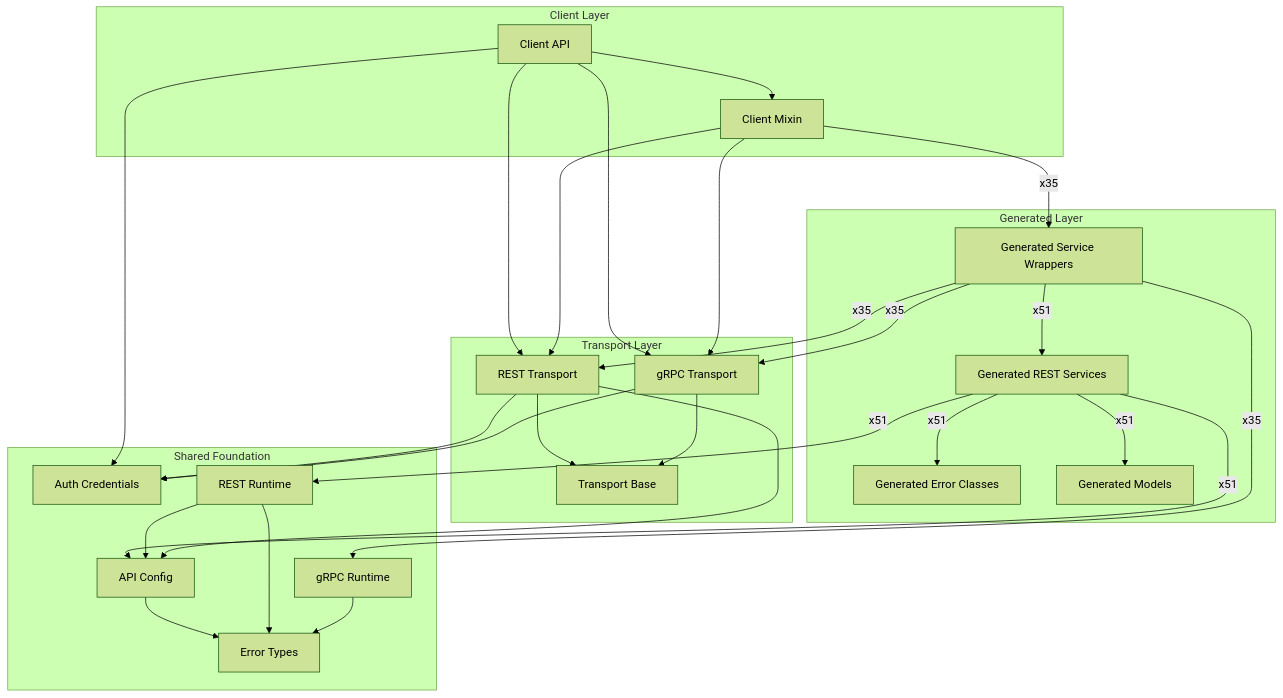
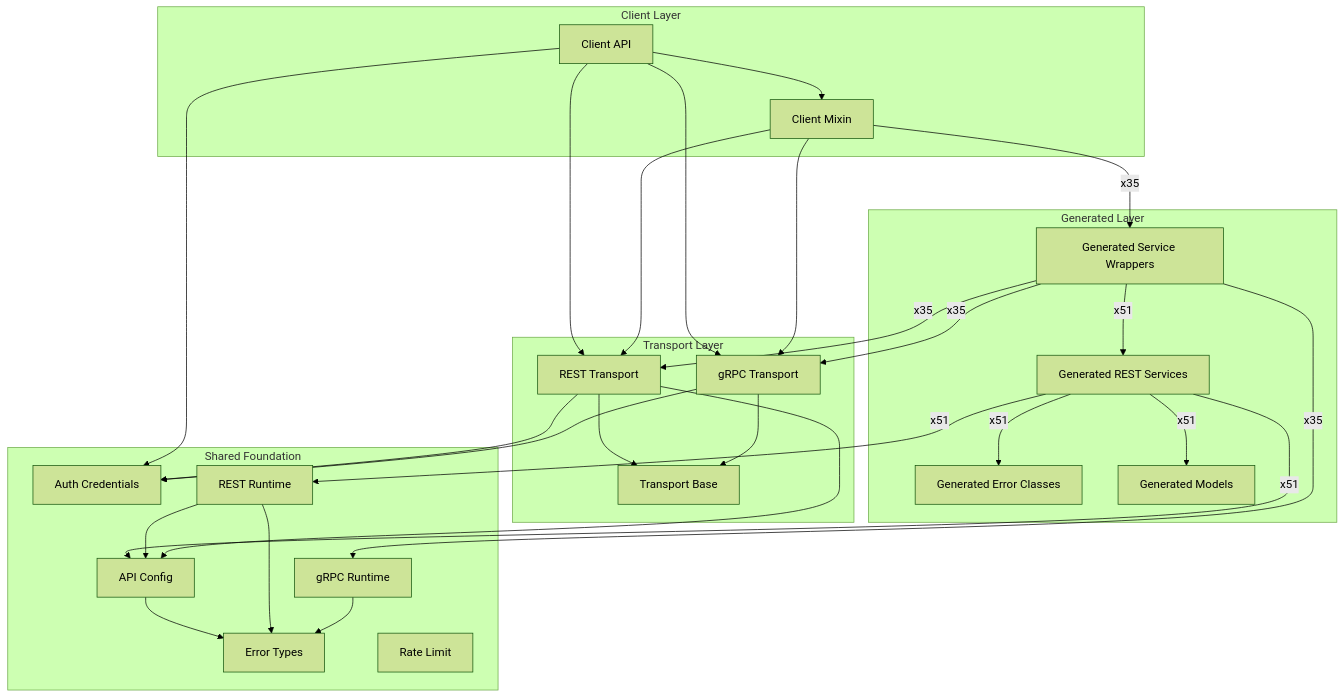
One commit to alexdearaujo/community_sdk_python changed the diagram in docs/sphinx/sdk_runtime_architecture.md. Above: the diagram before and after it, drawn with Mermaid (forest theme). The commit also changed 6 other files, not shown here.

````diff
--- a/docs/sphinx/sdk_runtime_architecture.md
+++ b/docs/sphinx/sdk_runtime_architecture.md
@@ -22,50 +22,51 @@
 ```mermaid
 flowchart TB
     subgraph client["Client Layer"]
         Client_API["Client API"]
         Client_Mixin["Client Mixin"]
     end
     subgraph generated["Generated Layer"]
         Generated_Error_Classes["Generated Error Classes"]
         Generated_Models["Generated Models"]
         Generated_REST_Services["Generated REST Services"]
         Generated_Service_Wrappers["Generated Service Wrappers"]
     end
     subgraph transport["Transport Layer"]
         REST_Transport["REST Transport"]
         Transport_Base["Transport Base"]
         gRPC_Transport["gRPC Transport"]
     end
     subgraph foundation["Shared Foundation"]
         API_Config["API Config"]
         Auth_Credentials["Auth Credentials"]
         Error_Types["Error Types"]
         REST_Runtime["REST Runtime"]
+        Rate_Limit["Rate Limit"]
         gRPC_Runtime["gRPC Runtime"]
     end
 
     API_Config --> Error_Types
     Client_API --> Auth_Credentials
     Client_API --> Client_Mixin
     Client_API --> REST_Transport
     Client_API --> gRPC_Transport
     Client_Mixin -->|"x35"| Generated_Service_Wrappers
     Client_Mixin --> REST_Transport
     Client_Mixin --> gRPC_Transport
     Generated_REST_Services -->|"x51"| API_Config
     Generated_REST_Services -->|"x51"| Generated_Error_Classes
     Generated_REST_Services -->|"x51"| Generated_Models
     Generated_REST_Services -->|"x51"| REST_Runtime
     Generated_Service_Wrappers -->|"x51"| Generated_REST_Services
     Generated_Service_Wrappers -->|"x35"| REST_Transport
     Generated_Service_Wrappers -->|"x35"| gRPC_Runtime
     Generated_Service_Wrappers -->|"x35"| gRPC_Transport
     REST_Runtime --> API_Config
     REST_Runtime --> Error_Types
     REST_Transport --> API_Config
     REST_Transport --> Auth_Credentials
     REST_Transport --> Transport_Base
     gRPC_Runtime --> Error_Types
     gRPC_Transport --> Auth_Credentials
     gRPC_Transport --> Transport_Base
 ```
````
